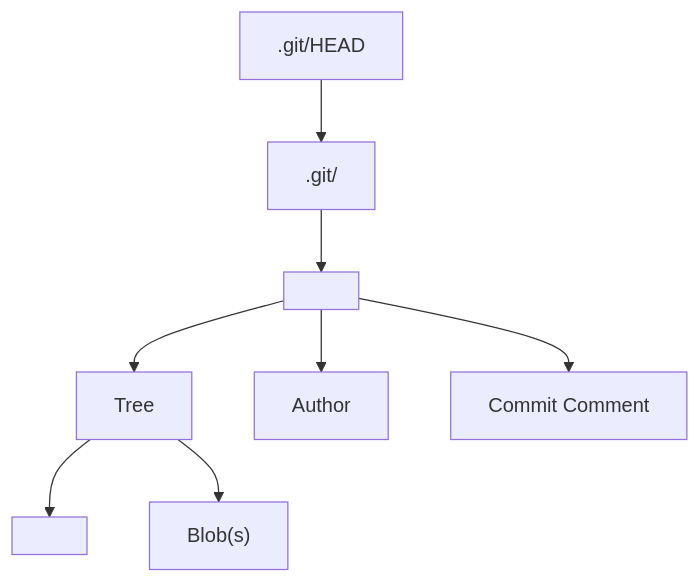
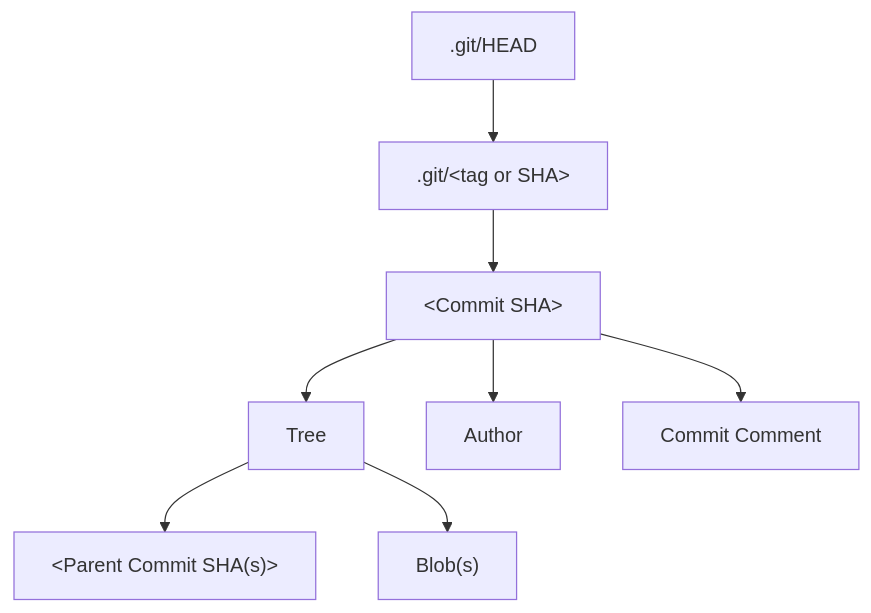
One commit to jamestharpe/jamestharpe.com changed the diagram in content/git.md. Above: the diagram before and after it, drawn with Mermaid.

Commit message:
Fix diagram syntax

````diff
--- a/content/git.md
+++ b/content/git.md
@@ -42,10 +42,10 @@
 ```mermaid
 graph TD
-  HEAD[".git/HEAD"] --> Ref[".git/<tag or SHA>"]
-  Ref --> Commit["<Commit SHA>"]
+  HEAD[".git/HEAD"] --> Ref[".git/&lt;tag or SHA&gt;"]
+  Ref --> Commit["&lt;Commit SHA&gt;"]
   Commit --> Tree
 	Commit --> Author
   Commit --> Comment["Commit Comment"]
-  Tree --> Parent["<Parent Commit SHA(s)>"]
+  Tree --> Parent["&lt;Parent Commit SHA(s)&gt;"]
 	Tree --> Blob["Blob(s)"]
 ```
````
